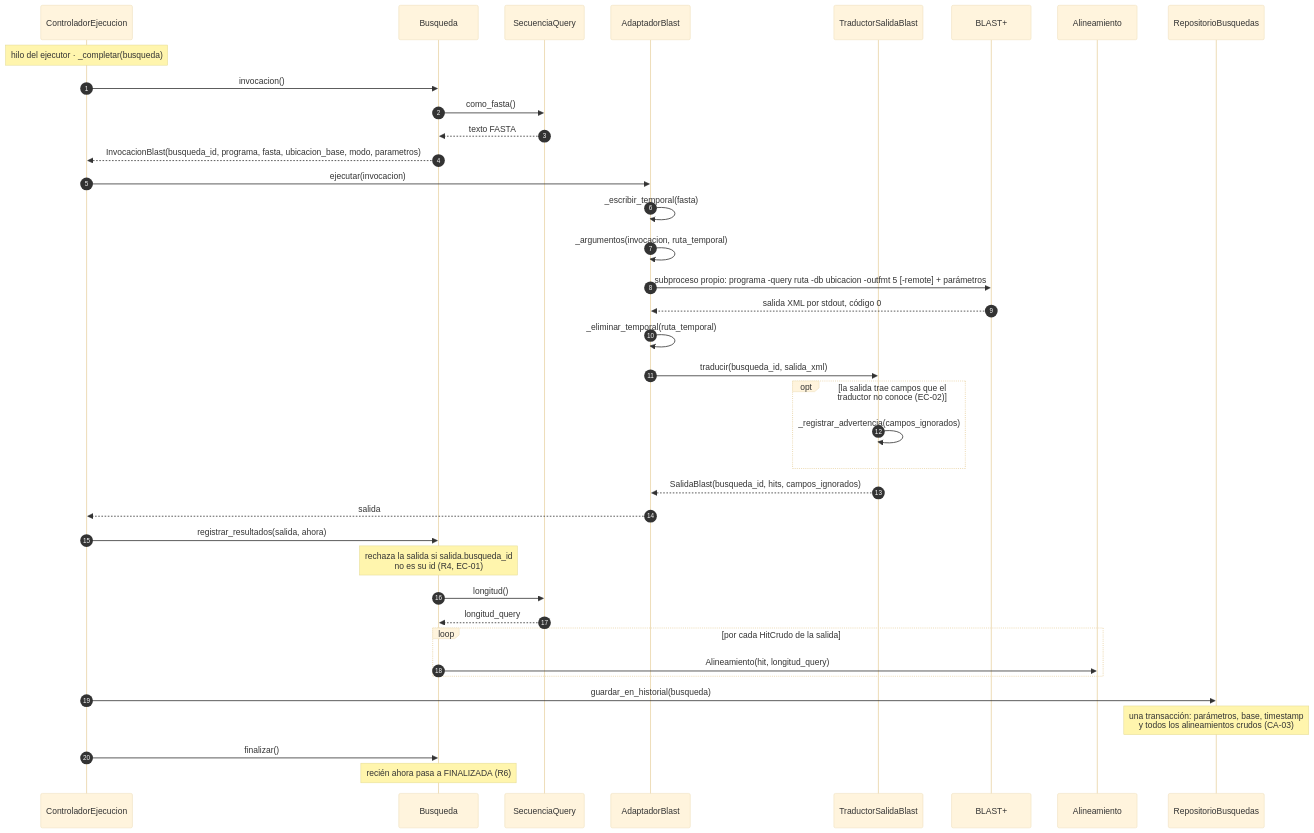
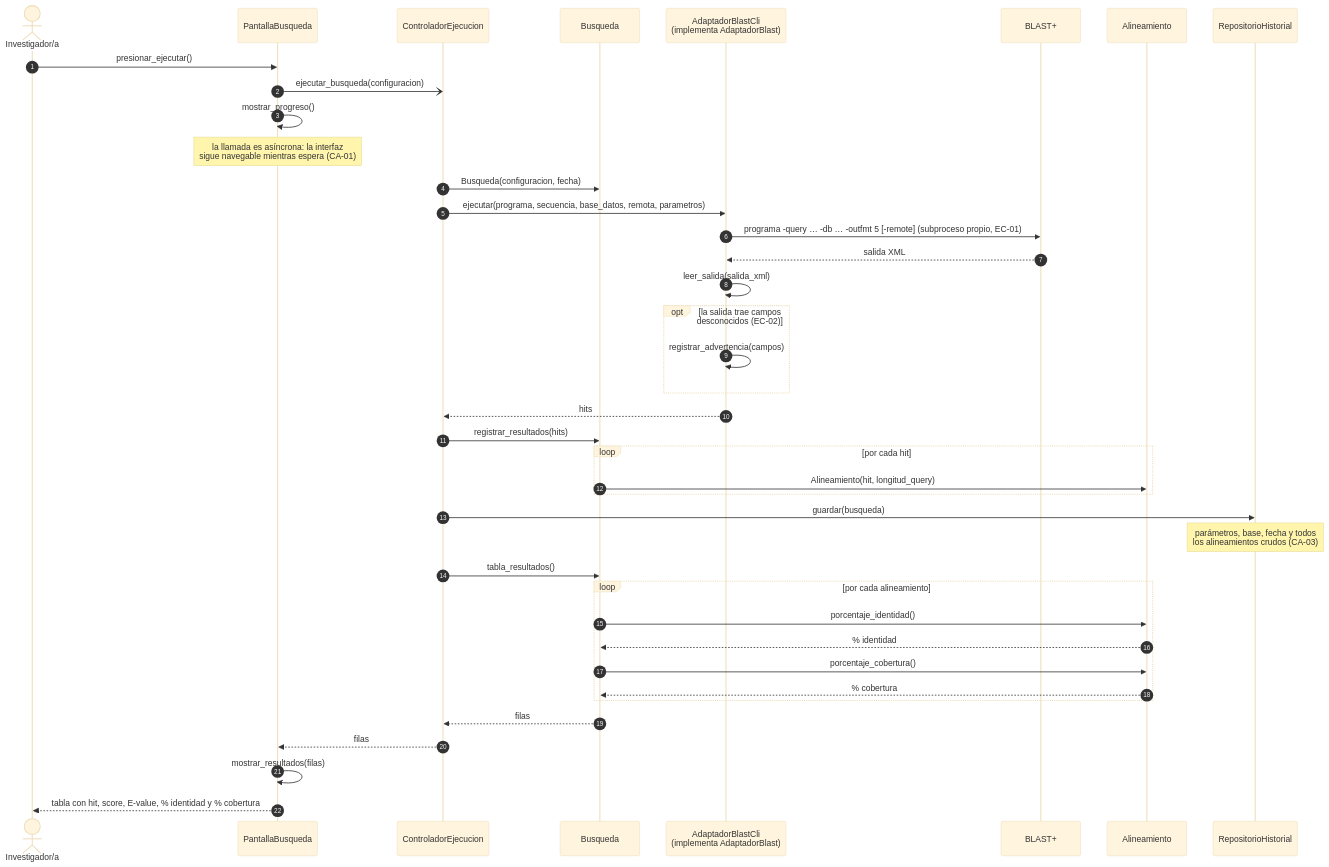
The fourth of 6 diagrams in docs/design/diseno-detallado.md (agwursten/Secondary-Repo-GUI-Blast), drawn with Mermaid (base theme) before and after one commit. The commit also changed other lines of this file and 2 other files, not shown here.

````diff
--- a/docs/design/diseno-detallado.md
+++ b/docs/design/diseno-detallado.md
@@ -370,41 +297,43 @@
 ```mermaid
 sequenceDiagram
     autonumber
+    actor Inv as Investigador/a
+    participant UI as PantallaBusqueda
     participant CE as ControladorEjecucion
     participant B as Busqueda
-    participant SQ as SecuenciaQuery
-    participant AB as AdaptadorBlast
-    participant T as TraductorSalidaBlast
+    participant AB as AdaptadorBlastCli<br/>(implementa AdaptadorBlast)
     participant BL as BLAST+
     participant AL as Alineamiento
-    participant RB as RepositorioBusquedas
+    participant RH as RepositorioHistorial
 
-    Note over CE: hilo del ejecutor · _completar(busqueda)
-    CE->>B: invocacion()
-    B->>SQ: como_fasta()
-    SQ-->>B: texto FASTA
-    B-->>CE: InvocacionBlast(busqueda_id, programa, fasta, ubicacion_base, modo, parametros)
-    CE->>AB: ejecutar(invocacion)
-    AB->>AB: _escribir_temporal(fasta)
-    AB->>AB: _argumentos(invocacion, ruta_temporal)
-    AB->>BL: subproceso propio: programa -query ruta -db ubicacion -outfmt 5 [-remote] + parámetros
-    BL-->>AB: salida XML por stdout, código 0
-    AB->>AB: _eliminar_temporal(ruta_temporal)
-    AB->>T: traducir(busqueda_id, salida_xml)
-    opt la salida trae campos que el traductor no conoce (EC-02)
-        T->>T: _registrar_advertencia(campos_ignorados)
+    Inv->>UI: presionar_ejecutar()
+    UI-)CE: ejecutar_busqueda(configuracion)
+    UI->>UI: mostrar_progreso()
+    Note over UI: la llamada es asíncrona: la interfaz<br/>sigue navegable mientras espera (CA-01)
+    CE->>B: Busqueda(configuracion, fecha)
+    CE->>AB: ejecutar(programa, secuencia, base_datos, remota, parametros)
+    AB->>BL: programa -query … -db … -outfmt 5 [-remote] (subproceso propio, EC-01)
+    BL-->>AB: salida XML
+    AB->>AB: leer_salida(salida_xml)
+    opt la salida trae campos desconocidos (EC-02)
+        AB->>AB: registrar_advertencia(campos)
     end
-    T-->>AB: SalidaBlast(busqueda_id, hits, campos_ignorados)
-    AB-->>CE: salida
-    CE->>B: registrar_resultados(salida, ahora)
-    Note over B: rechaza la salida si salida.busqueda_id<br/>no es su id (R4, EC-01)
-    B->>SQ: longitud()
-    SQ-->>B: longitud_query
-    loop por cada HitCrudo de la salida
+    AB-->>CE: hits
+    CE->>B: registrar_resultados(hits)
+    loop por cada hit
         B->>AL: Alineamiento(hit, longitud_query)
     end
-    CE->>RB: guardar_en_historial(busqueda)
-    Note over RB: una transacción: parámetros, base, timestamp<br/>y todos los alineamientos crudos (CA-03)
-    CE->>B: finalizar()
-    Note over B: recién ahora pasa a FINALIZADA (R6)
+    CE->>RH: guardar(busqueda)
+    Note over RH: parámetros, base, fecha y todos<br/>los alineamientos crudos (CA-03)
+    CE->>B: tabla_resultados()
+    loop por cada alineamiento
+        B->>AL: porcentaje_identidad()
+        AL-->>B: % identidad
+        B->>AL: porcentaje_cobertura()
+        AL-->>B: % cobertura
+    end
+    B-->>CE: filas
+    CE-->>UI: filas
+    UI->>UI: mostrar_resultados(filas)
+    UI-->>Inv: tabla con hit, score, E-value, % identidad y % cobertura
 ```
````
